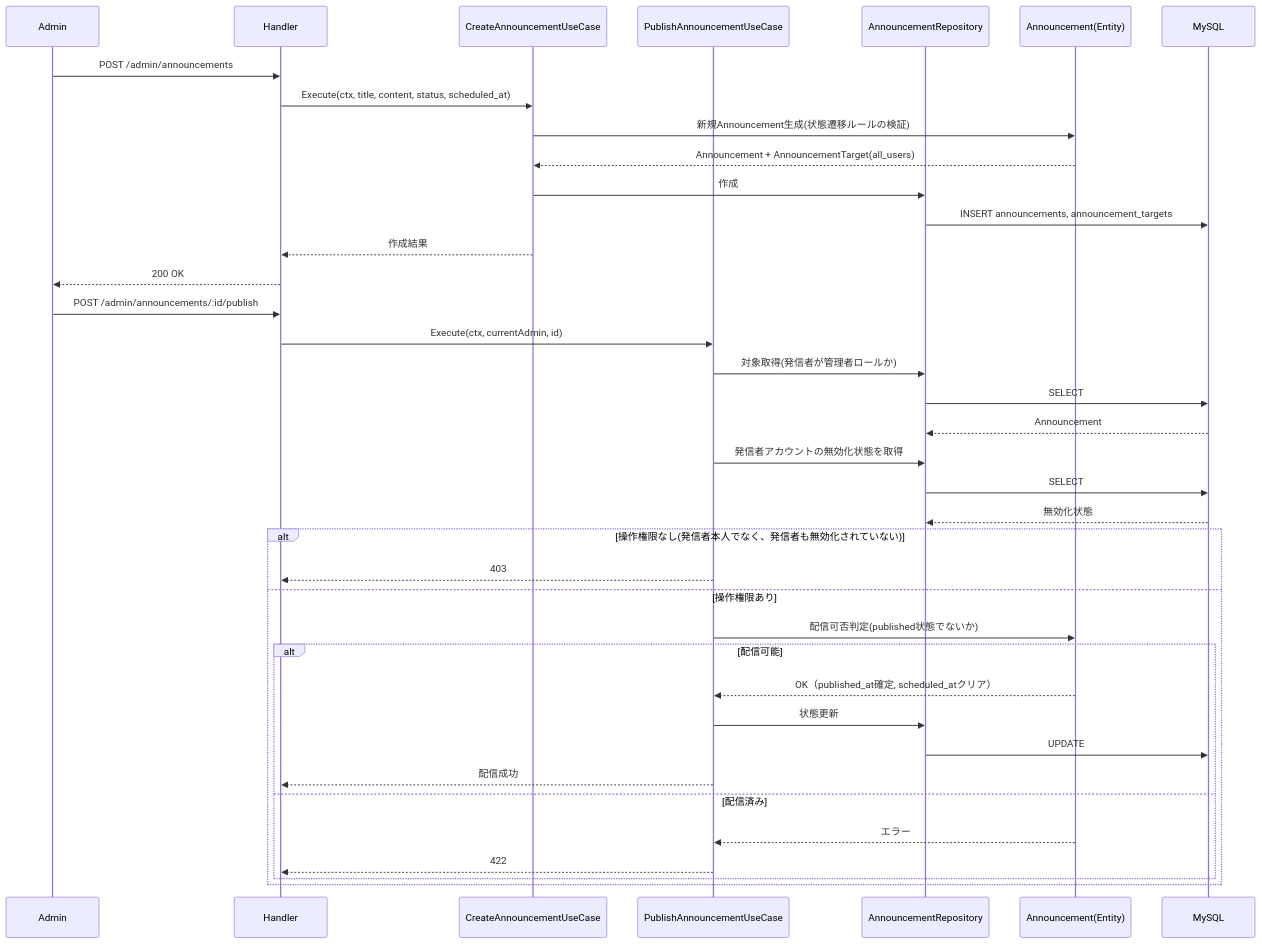
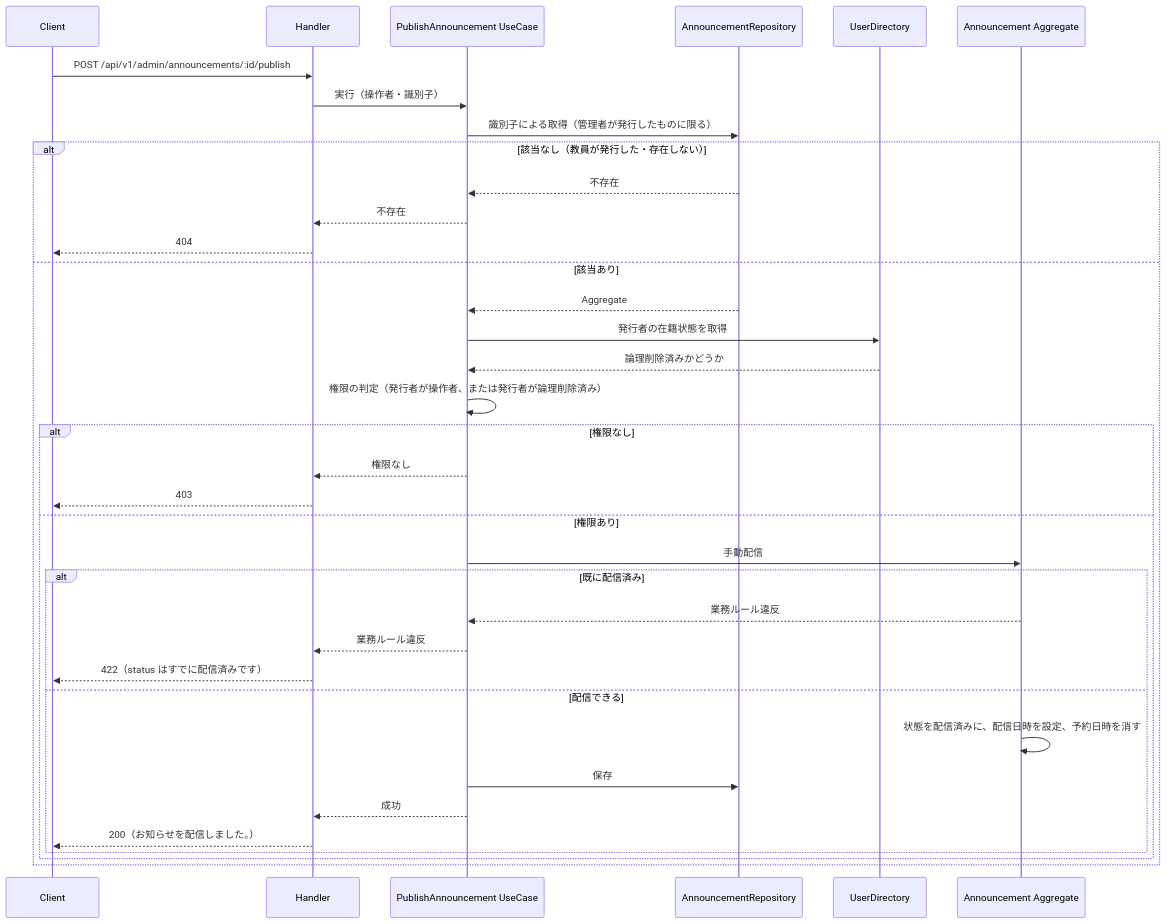
One commit to yuta20253/edu-platform-go-design changed the fourth of 7 diagrams in 計画書/GO移行・設計仕様書/管理者お知らせ管理機能_Go移行・設計仕様書.md. Above: the diagram before and after it, drawn with Mermaid. The commit also changed other lines of this file and 2 other files, not shown here.

````diff
--- a/計画書/GO移行・設計仕様書/管理者お知らせ管理機能_Go移行・設計仕様書.md
+++ b/計画書/GO移行・設計仕様書/管理者お知らせ管理機能_Go移行・設計仕様書.md
@@ -359,42 +527,39 @@
 ```mermaid
 sequenceDiagram
-    participant Admin
-    participant Handler
-    participant CreateUC as CreateAnnouncementUseCase
-    participant PublishUC as PublishAnnouncementUseCase
-    participant Repo as AnnouncementRepository
-    participant Entity as Announcement(Entity)
-    participant DB as MySQL
+    participant C as Client
+    participant H as Handler
+    participant U as PublishAnnouncement UseCase
+    participant R as AnnouncementRepository
+    participant UD as UserDirectory
+    participant A as Announcement Aggregate
 
-    Admin->>Handler: POST /admin/announcements
-    Handler->>CreateUC: Execute(ctx, title, content, status, scheduled_at)
-    CreateUC->>Entity: 新規Announcement生成(状態遷移ルールの検証)
-    Entity-->>CreateUC: Announcement + AnnouncementTarget(all_users)
-    CreateUC->>Repo: 作成
-    Repo->>DB: INSERT announcements, announcement_targets
-    CreateUC-->>Handler: 作成結果
-    Handler-->>Admin: 200 OK
-
-    Admin->>Handler: POST /admin/announcements/:id/publish
-    Handler->>PublishUC: Execute(ctx, currentAdmin, id)
-    PublishUC->>Repo: 対象取得(発信者が管理者ロールか)
-    Repo->>DB: SELECT
-    DB-->>Repo: Announcement
-    PublishUC->>Repo: 発信者アカウントの無効化状態を取得
-    Repo->>DB: SELECT
-    DB-->>Repo: 無効化状態
-    alt 操作権限なし(発信者本人でなく、発信者も無効化されていない)
-        PublishUC-->>Handler: 403
-    else 操作権限あり
-        PublishUC->>Entity: 配信可否判定(published状態でないか)
-        alt 配信可能
-            Entity-->>PublishUC: OK（published_at確定, scheduled_atクリア）
-            PublishUC->>Repo: 状態更新
-            Repo->>DB: UPDATE
-            PublishUC-->>Handler: 配信成功
-        else 配信済み
-            Entity-->>PublishUC: エラー
-            PublishUC-->>Handler: 422
+    C->>H: POST /api/v1/admin/announcements/:id/publish
+    H->>U: 実行（操作者・識別子）
+    U->>R: 識別子による取得（管理者が発行したものに限る）
+    alt 該当なし（教員が発行した・存在しない）
+        R-->>U: 不存在
+        U-->>H: 不存在
+        H-->>C: 404
+    else 該当あり
+        R-->>U: Aggregate
+        U->>UD: 発行者の在籍状態を取得
+        UD-->>U: 論理削除済みかどうか
+        U->>U: 権限の判定（発行者が操作者、または発行者が論理削除済み）
+        alt 権限なし
+            U-->>H: 権限なし
+            H-->>C: 403
+        else 権限あり
+            U->>A: 手動配信
+            alt 既に配信済み
+                A-->>U: 業務ルール違反
+                U-->>H: 業務ルール違反
+                H-->>C: 422（status はすでに配信済みです）
+            else 配信できる
+                A->>A: 状態を配信済みに、配信日時を設定、予約日時を消す
+                U->>R: 保存
+                U-->>H: 成功
+                H-->>C: 200（お知らせを配信しました。）
+            end
         end
     end
 ```
````
